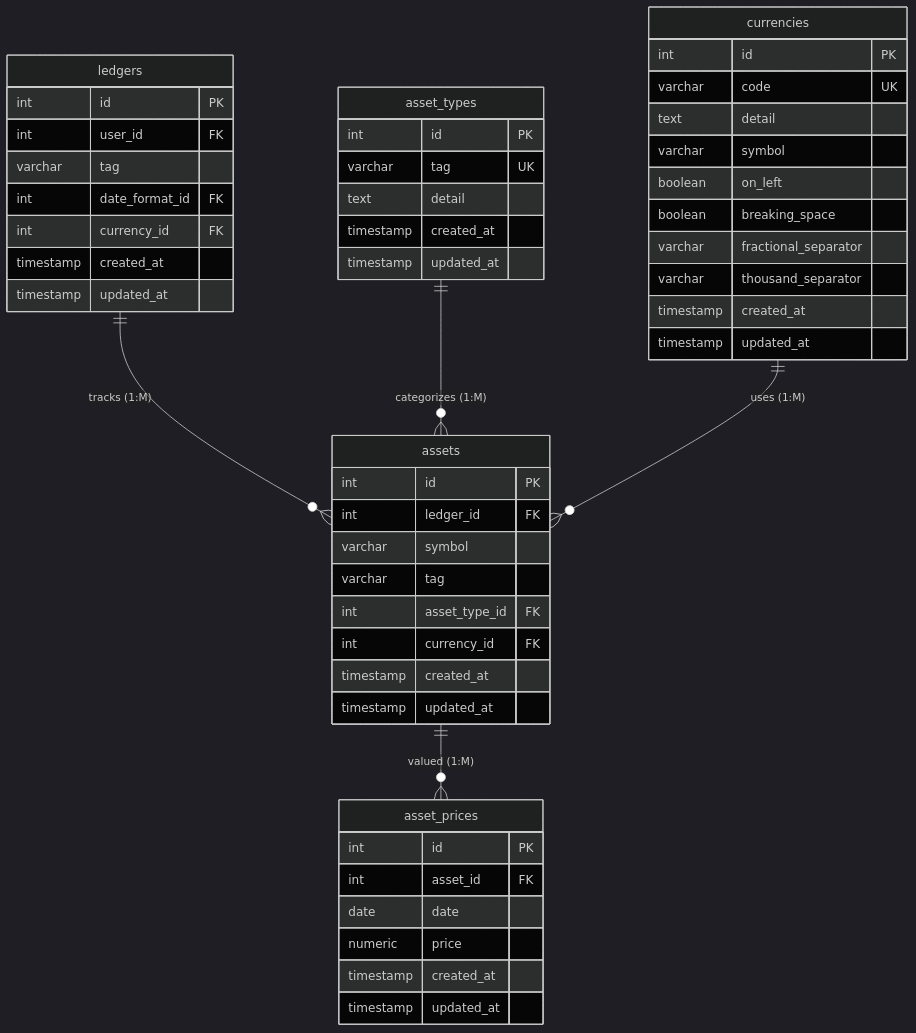
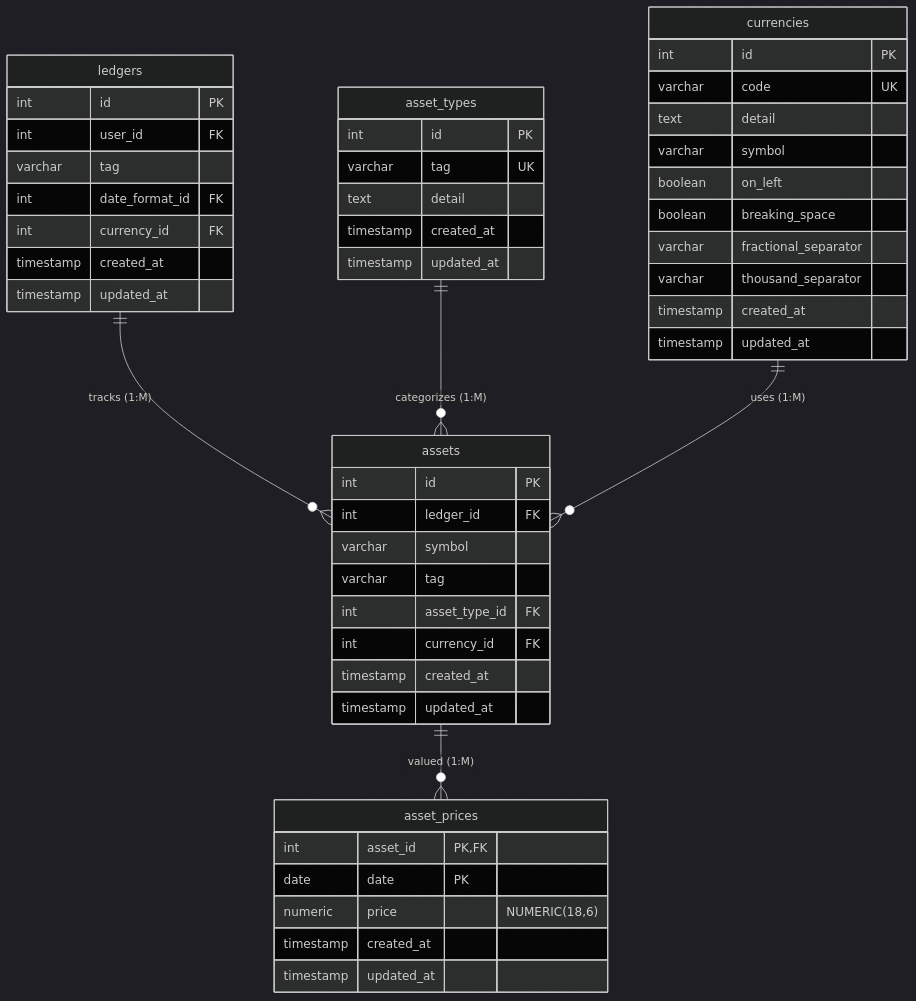
One commit to tiagopaispereira/ledger-to-invest changed the fourth of 11 diagrams in database/docs/table_relationships.md. Above: the diagram before and after it, drawn with Mermaid (dark theme). The commit also changed other lines of this file, not shown here.

````diff
--- a/database/docs/table_relationships.md
+++ b/database/docs/table_relationships.md
@@ -236,59 +223,58 @@
 ```mermaid
 erDiagram
     ledgers {
         int id PK
         int user_id FK
         varchar tag
         int date_format_id FK
         int currency_id FK
         timestamp created_at
         timestamp updated_at
     }
     
     asset_types {
         int id PK
         varchar tag UK
         text detail
         timestamp created_at
         timestamp updated_at
     }
     
     assets {
         int id PK
         int ledger_id FK
         varchar symbol
         varchar tag
         int asset_type_id FK
         int currency_id FK
         timestamp created_at
         timestamp updated_at
     }
     
     asset_prices {
-        int id PK
-        int asset_id FK
-        date date
-        numeric price
+        int asset_id PK, FK
+        date date PK
+        numeric price "NUMERIC(18,6)"
         timestamp created_at
         timestamp updated_at
     }
 
     currencies {
         int id PK
         varchar code UK
         text detail
         varchar symbol
         boolean on_left
         boolean breaking_space
         varchar fractional_separator
         varchar thousand_separator
         timestamp created_at
         timestamp updated_at
     }
     
     ledgers ||--o{ assets : "tracks (1:M)"
     asset_types ||--o{ assets : "categorizes (1:M)"
     currencies ||--o{ assets : "uses (1:M)"
     assets ||--o{ asset_prices : "valued (1:M)"
 
 ```
````
